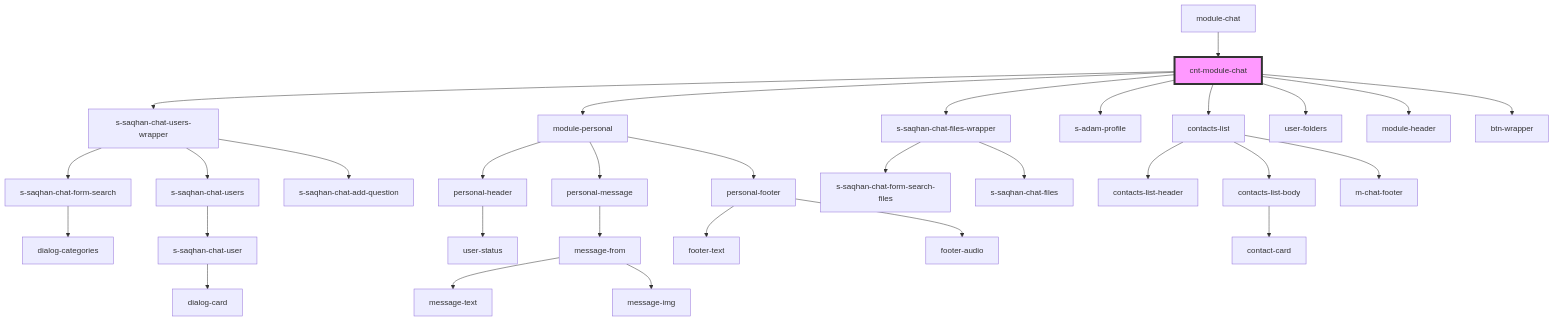
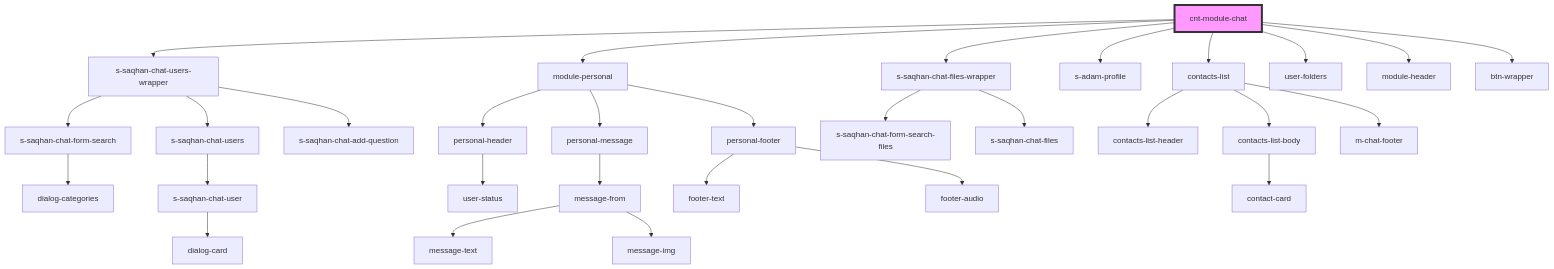
Before and after one commit to saqhan/stencil-chat: the diagram in src/components/module/module-chat/res/view/cnt-module-chat/readme.md, drawn with Mermaid. The commit also changed other lines of this file and 9 other files, not shown here.

````diff
--- a/src/components/module/module-chat/res/view/cnt-module-chat/readme.md
+++ b/src/components/module/module-chat/res/view/cnt-module-chat/readme.md
@@ -183,34 +179,33 @@
 ```mermaid
 graph TD;
   cnt-module-chat --> s-saqhan-chat-users-wrapper
   cnt-module-chat --> module-personal
   cnt-module-chat --> s-saqhan-chat-files-wrapper
   cnt-module-chat --> s-adam-profile
   cnt-module-chat --> contacts-list
   cnt-module-chat --> user-folders
   cnt-module-chat --> module-header
   cnt-module-chat --> btn-wrapper
   s-saqhan-chat-users-wrapper --> s-saqhan-chat-form-search
   s-saqhan-chat-users-wrapper --> s-saqhan-chat-users
   s-saqhan-chat-users-wrapper --> s-saqhan-chat-add-question
   s-saqhan-chat-form-search --> dialog-categories
   s-saqhan-chat-users --> s-saqhan-chat-user
   s-saqhan-chat-user --> dialog-card
   module-personal --> personal-header
   module-personal --> personal-message
   module-personal --> personal-footer
   personal-header --> user-status
   personal-message --> message-from
   message-from --> message-text
   message-from --> message-img
   personal-footer --> footer-text
   personal-footer --> footer-audio
   s-saqhan-chat-files-wrapper --> s-saqhan-chat-form-search-files
   s-saqhan-chat-files-wrapper --> s-saqhan-chat-files
   contacts-list --> contacts-list-header
   contacts-list --> contacts-list-body
   contacts-list --> m-chat-footer
   contacts-list-body --> contact-card
-  module-chat --> cnt-module-chat
   style cnt-module-chat fill:#f9f,stroke:#333,stroke-width:4px
 ```
````
